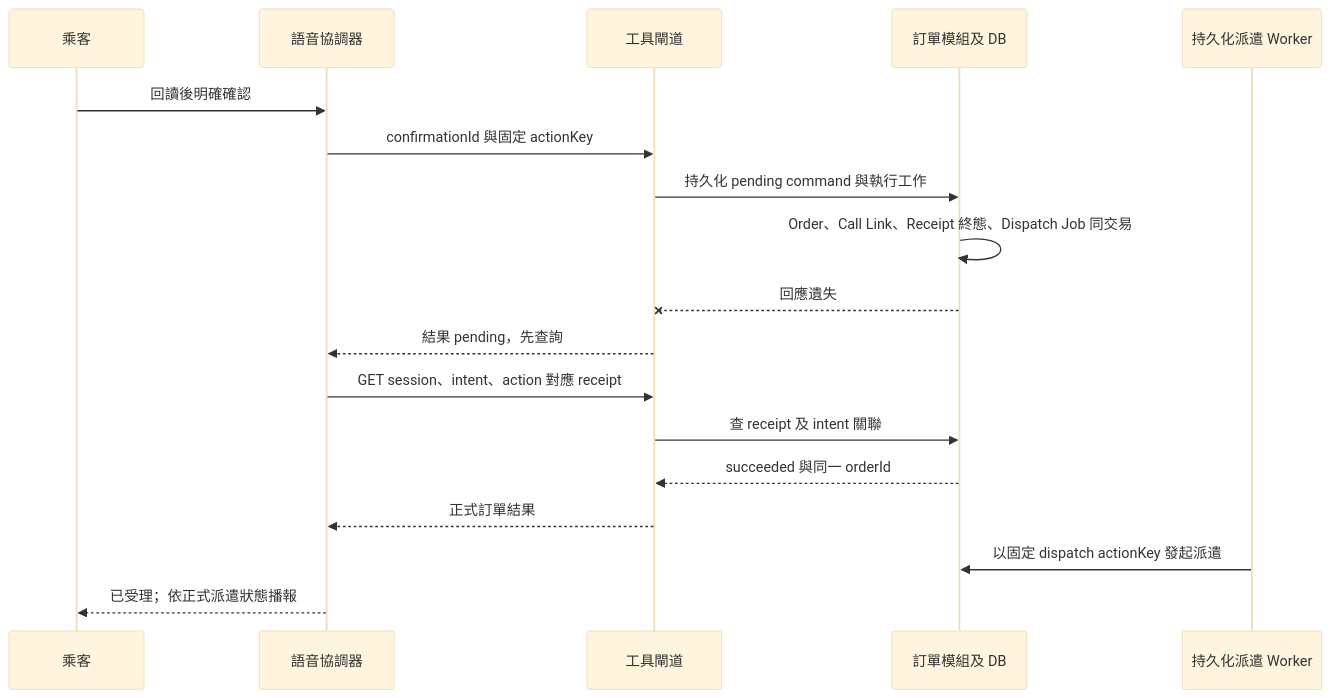
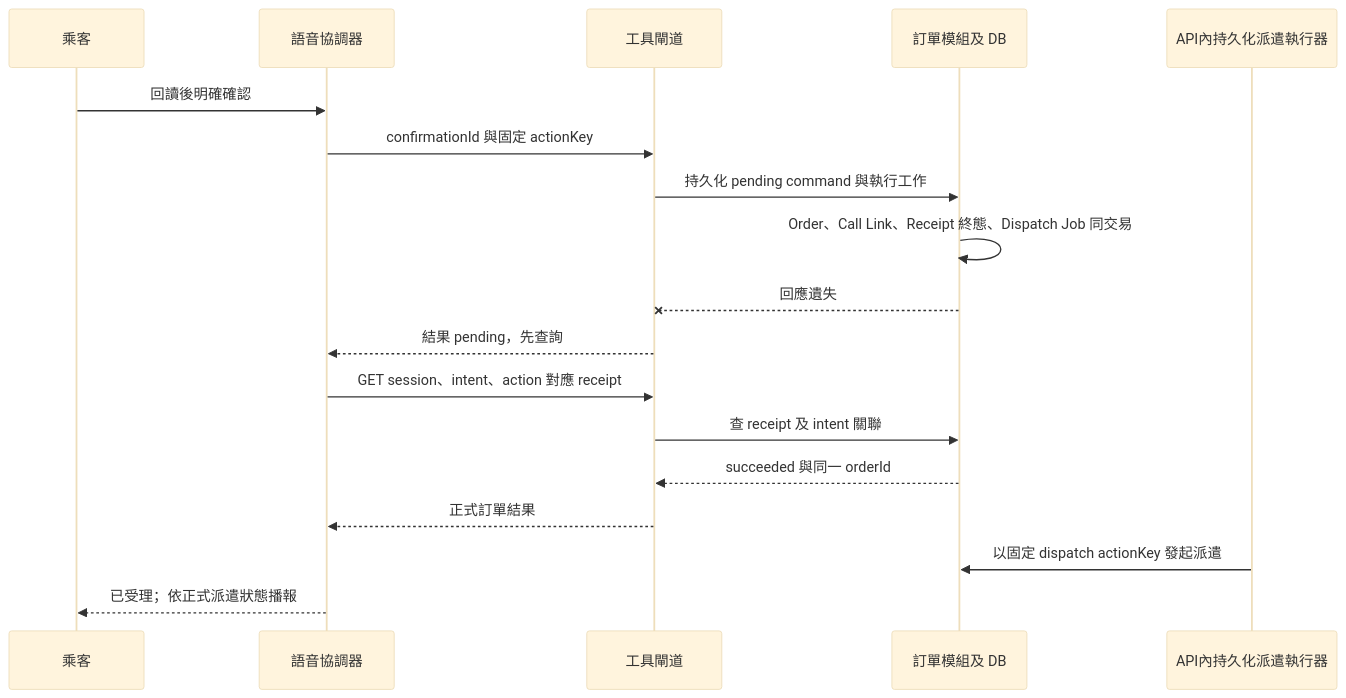
One commit to ajoe734/drts-fleet-platform changed the second of 2 diagrams in docs/02-architecture/phase1-unattended-voice-booking-sd-20260906.md. Above: the diagram before and after it, drawn with Mermaid (base theme). The commit also changed other lines of this file and 3 other files, not shown here.

````diff
--- a/docs/02-architecture/phase1-unattended-voice-booking-sd-20260906.md
+++ b/docs/02-architecture/phase1-unattended-voice-booking-sd-20260906.md
@@ -300,20 +313,20 @@
 ```mermaid
 sequenceDiagram
     participant P as 乘客
     participant D as 語音協調器
     participant G as 工具閘道
     participant O as 訂單模組及 DB
-    participant W as 持久化派遣 Worker
+    participant W as API內持久化派遣執行器
     P->>D: 回讀後明確確認
     D->>G: confirmationId 與固定 actionKey
     G->>O: 持久化 pending command 與執行工作
     O->>O: Order、Call Link、Receipt 終態、Dispatch Job 同交易
     O--xG: 回應遺失
     G-->>D: 結果 pending，先查詢
     D->>G: GET session、intent、action 對應 receipt
     G->>O: 查 receipt 及 intent 關聯
     O-->>G: succeeded 與同一 orderId
     G-->>D: 正式訂單結果
     W->>O: 以固定 dispatch actionKey 發起派遣
     D-->>P: 已受理；依正式派遣狀態播報
 ```
````
